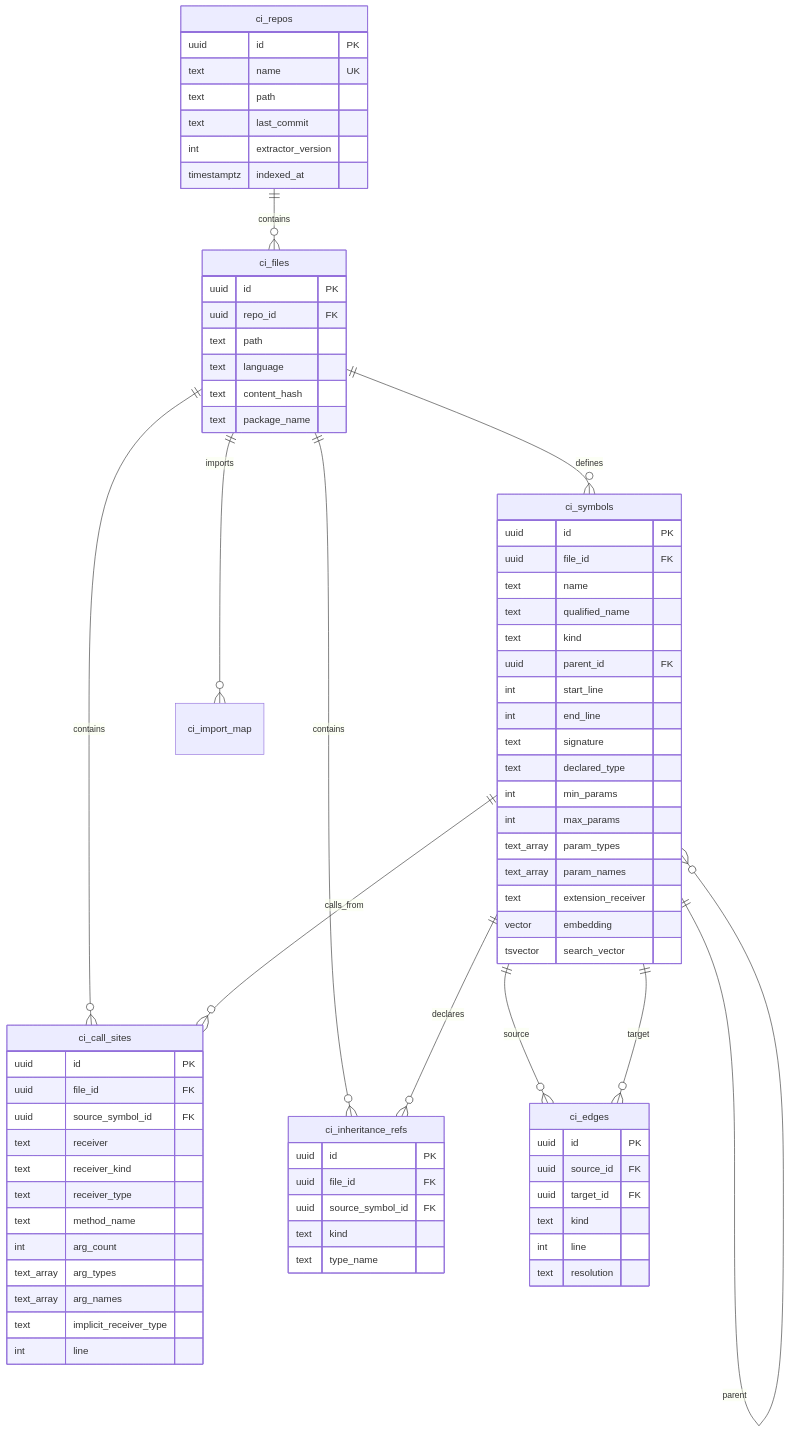
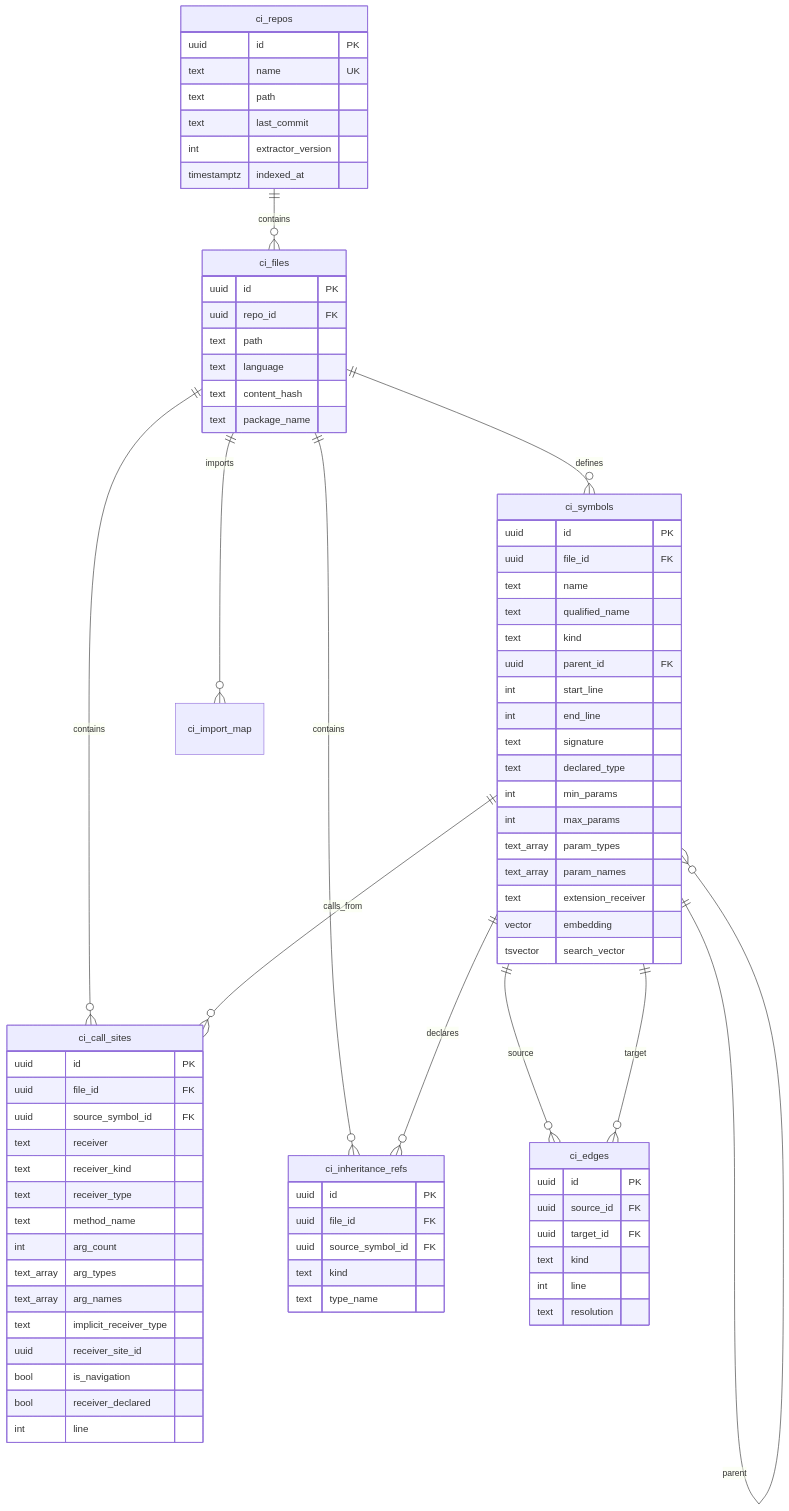
The third of 4 diagrams in README.md (RuneLind/yggdrasil), drawn with Mermaid before and after one commit. The commit also changed other lines of this file and 20 other files, not shown here.

```diff
--- a/README.md
+++ b/README.md
@@ -145,6 +146,9 @@
         text_array arg_types
         text_array arg_names
         text implicit_receiver_type
+        uuid receiver_site_id
+        bool is_navigation
+        bool receiver_declared
         int line
     }
 
```
